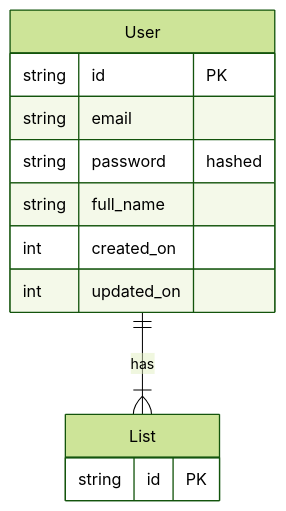
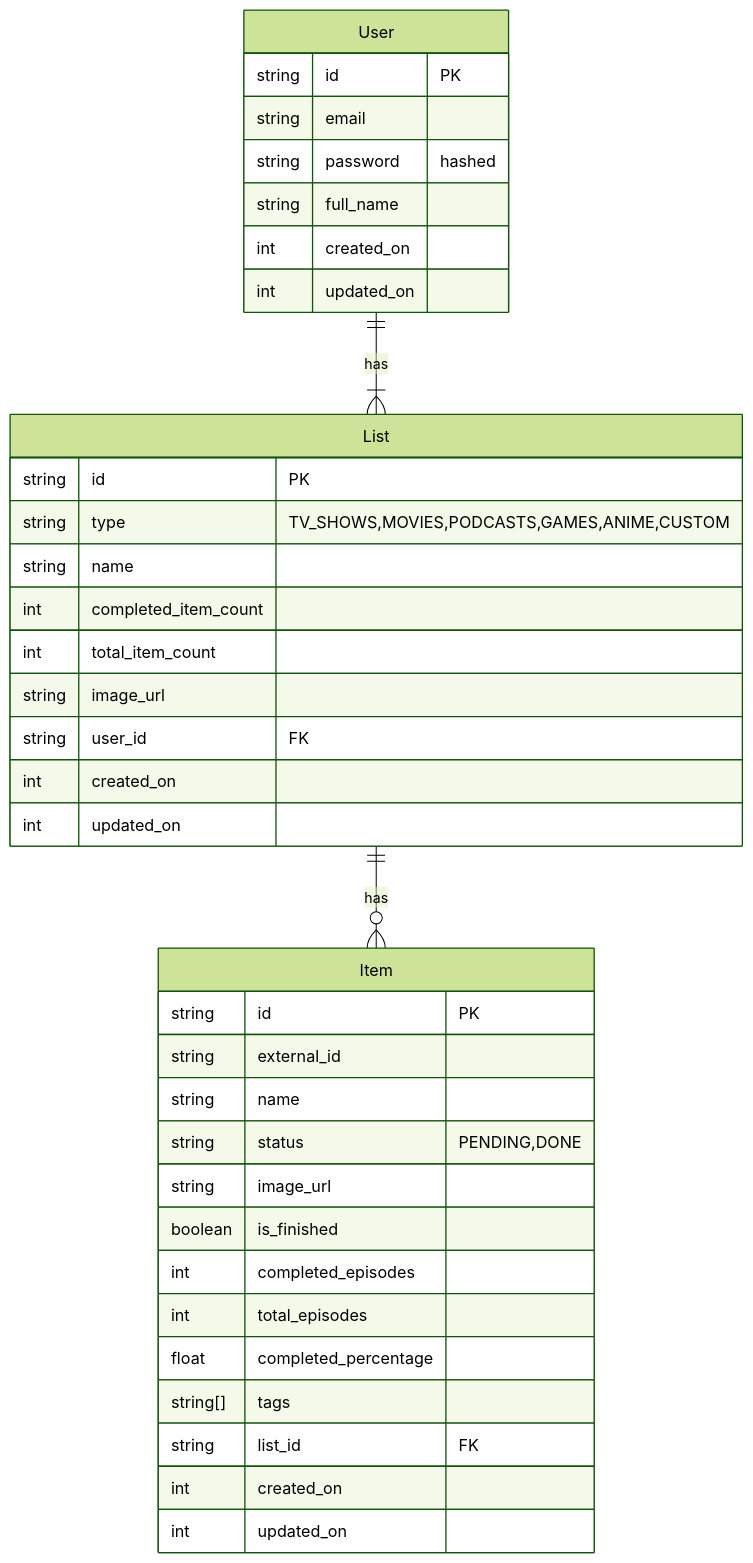
Before and after one commit to pratap011/Donezo: the diagram in README.md, drawn with Mermaid (forest theme).

Commit message:
mermaid diagram

````diff
--- a/README.md
+++ b/README.md
@@ -9,18 +9,42 @@
 ```mermaid
 erDiagram
     User {
         string id "PK"
         string email
         string password "hashed"
         string full_name
         int created_on
         int updated_on
     }
 
     List {
         string id "PK"
-        
+        string type "TV_SHOWS,MOVIES,PODCASTS,GAMES,ANIME,CUSTOM"
+        string name
+        int completed_item_count
+        int total_item_count
+        string image_url
+        string user_id "FK"
+        int created_on
+        int updated_on
+    }
+
+    Item {
+        string id "PK"
+        string external_id
+        string name
+        string status "PENDING,DONE"
+        string image_url
+        boolean is_finished
+        int completed_episodes
+        int total_episodes
+        float completed_percentage
+        string[] tags
+        string list_id "FK"
+        int created_on
+        int updated_on
     }
 
     User ||--|{ List : has
+    List ||--o{ Item : has
 ```
````
